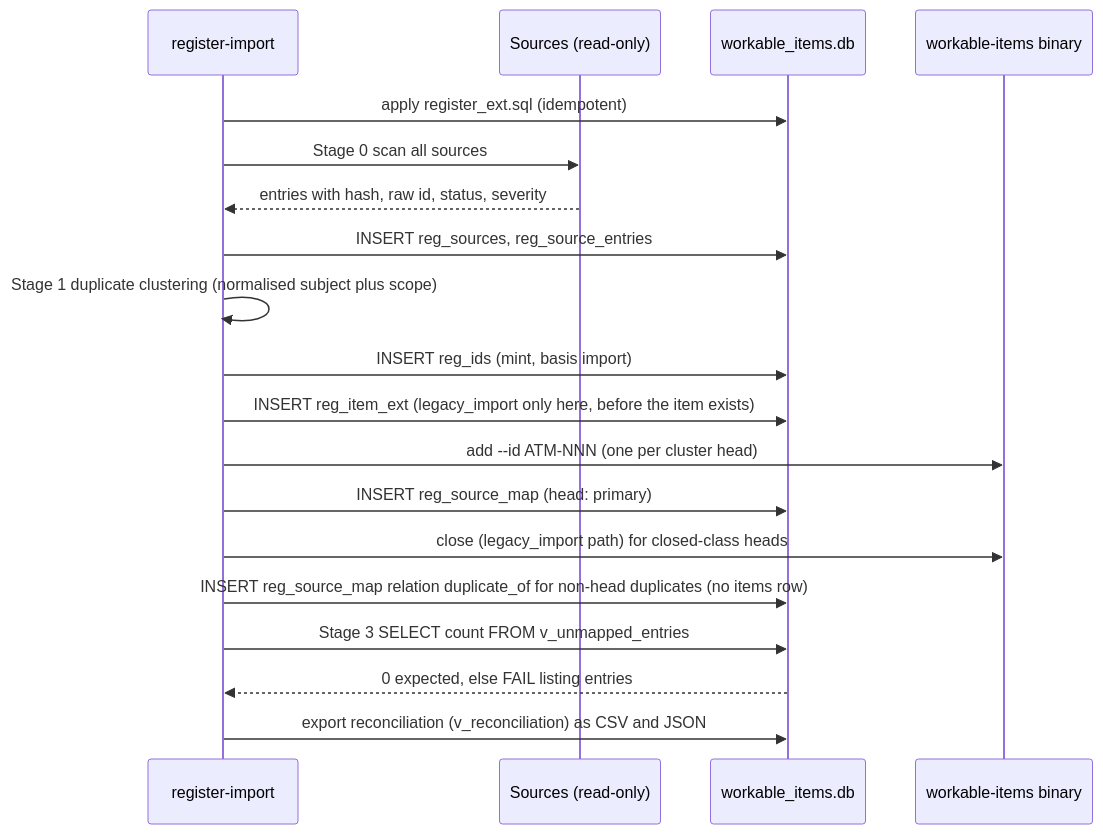
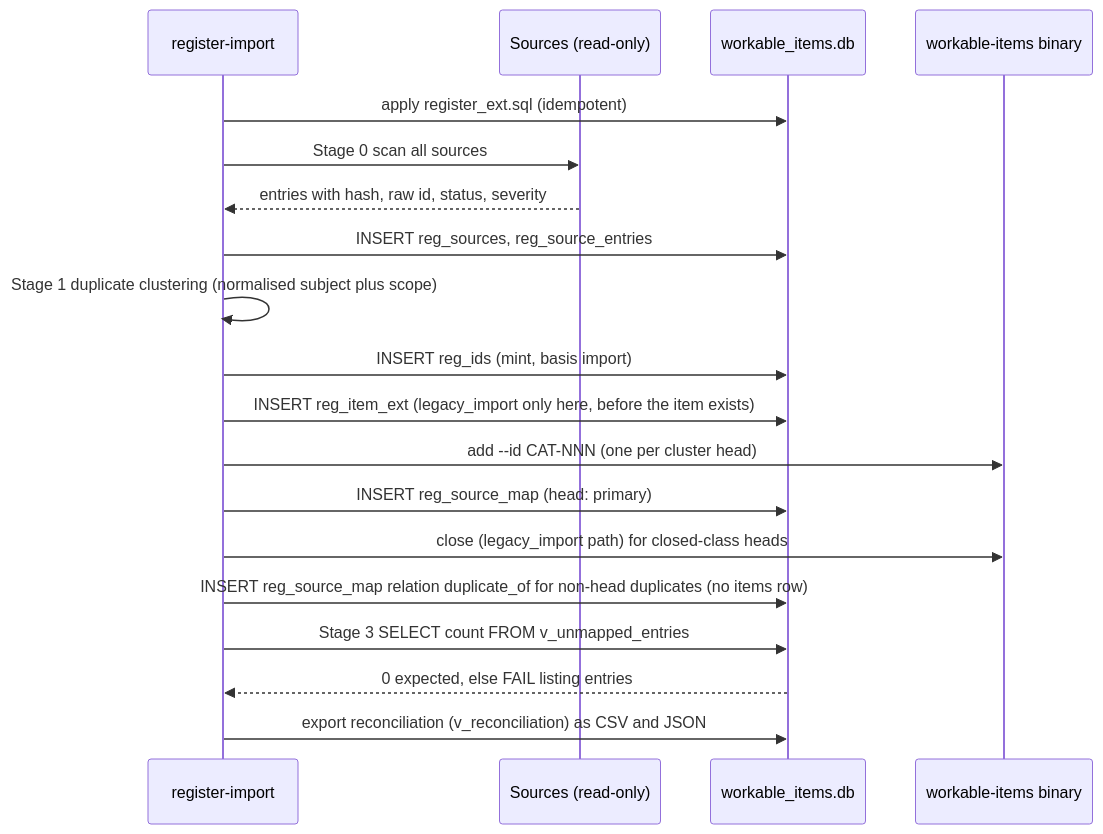
Before and after one commit to vasic-digital/catalogizer: the fifth of 6 diagrams in specs/001-full-project-audit-remediation/docs/04-findings-register-design.md, drawn with Mermaid. The commit also changed other lines of this file and 1112 other files, not shown here.

````diff
--- a/specs/001-full-project-audit-remediation/docs/04-findings-register-design.md
+++ b/specs/001-full-project-audit-remediation/docs/04-findings-register-design.md
@@ -1114,21 +1114,21 @@
 ```mermaid
 sequenceDiagram
   participant Imp as register-import
   participant Src as Sources (read-only)
   participant DB as workable_items.db
   participant WI as workable-items binary
   Imp->>DB: apply register_ext.sql (idempotent)
   Imp->>Src: Stage 0 scan all sources
   Src-->>Imp: entries with hash, raw id, status, severity
   Imp->>DB: INSERT reg_sources, reg_source_entries
   Imp->>Imp: Stage 1 duplicate clustering (normalised subject plus scope)
   Imp->>DB: INSERT reg_ids (mint, basis import)
   Imp->>DB: INSERT reg_item_ext (legacy_import only here, before the item exists)
-  Imp->>WI: add --id ATM-NNN (one per cluster head)
+  Imp->>WI: add --id CAT-NNN (one per cluster head)
   Imp->>DB: INSERT reg_source_map (head: primary)
   Imp->>WI: close (legacy_import path) for closed-class heads
   Imp->>DB: INSERT reg_source_map relation duplicate_of for non-head duplicates (no items row)
   Imp->>DB: Stage 3 SELECT count FROM v_unmapped_entries
   DB-->>Imp: 0 expected, else FAIL listing entries
   Imp->>DB: export reconciliation (v_reconciliation) as CSV and JSON
 ```
````
